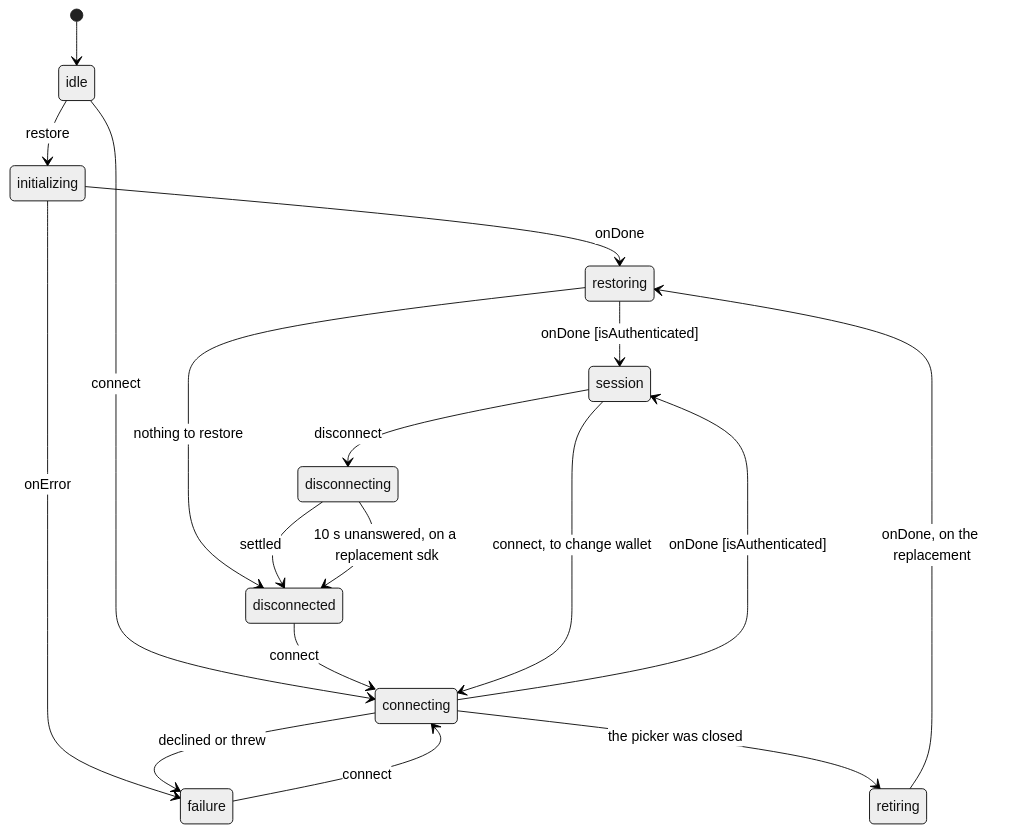
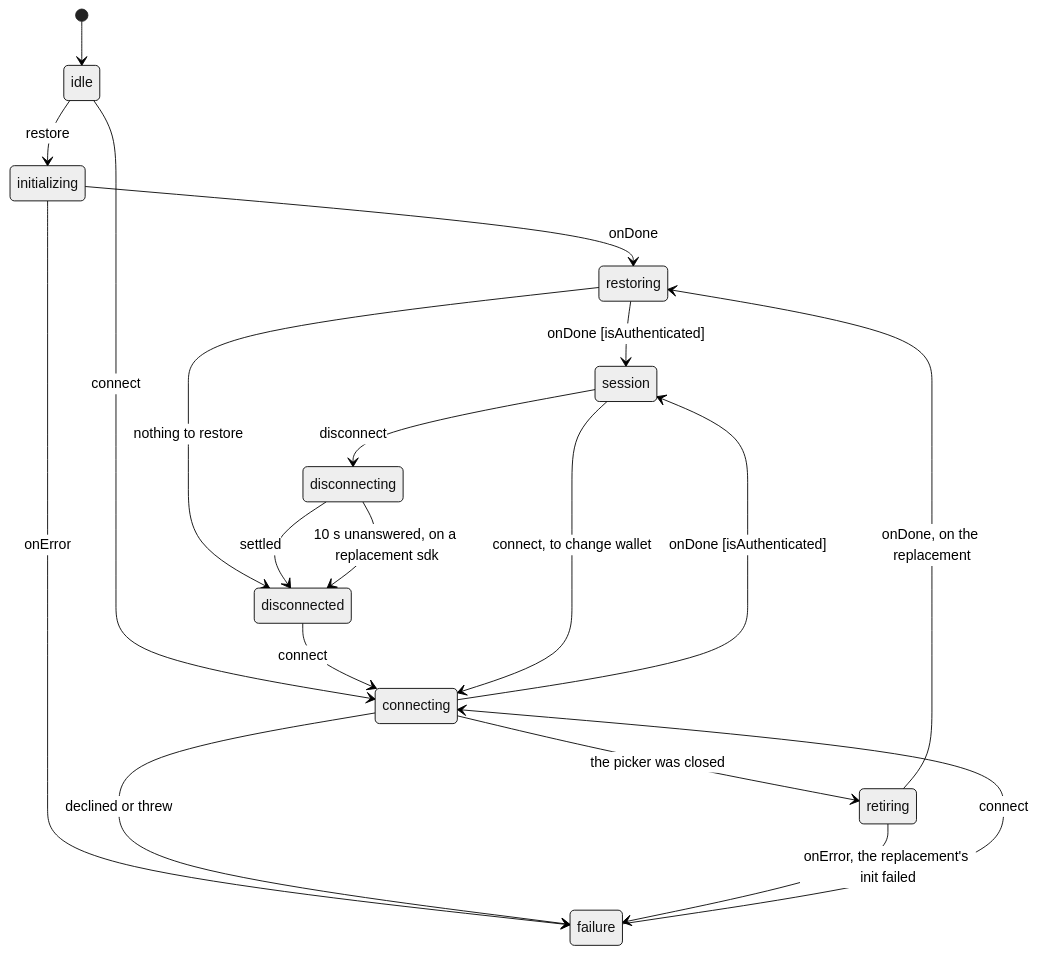
One commit to BootNodeDev/canton-dappbooster changed the first of 2 diagrams in canton-connect/architecture/connection-machine.md. Above: the diagram before and after it, drawn with Mermaid (neutral theme). The commit also changed other lines of this file, not shown here.

First line of the commit message:
docs(connect): scope the chapter to this branch and draw the retiring failure

````diff
--- a/canton-connect/architecture/connection-machine.md
+++ b/canton-connect/architecture/connection-machine.md
@@ -9,20 +9,21 @@
 ```mermaid
 stateDiagram-v2
     [*] --> idle
     idle --> initializing: restore
     initializing --> restoring: onDone
     initializing --> failure: onError
     restoring --> session: onDone [isAuthenticated]
     restoring --> disconnected: nothing to restore
     idle --> connecting: connect
     disconnected --> connecting: connect
     failure --> connecting: connect
     session --> connecting: connect, to change wallet
     connecting --> session: onDone [isAuthenticated]
     connecting --> failure: declined or threw
     connecting --> retiring: the picker was closed
     retiring --> restoring: onDone, on the replacement
+    retiring --> failure: onError, the replacement's init failed
     session --> disconnecting: disconnect
     disconnecting --> disconnected: settled
     disconnecting --> disconnected: 10 s unanswered, on a replacement sdk
 ```
````
